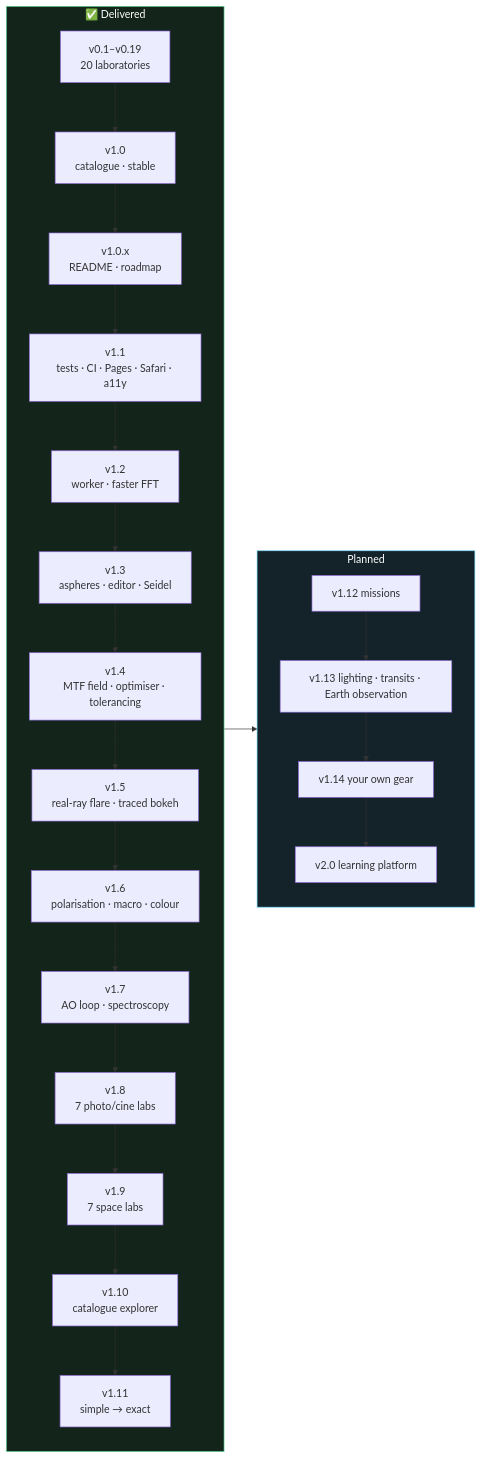
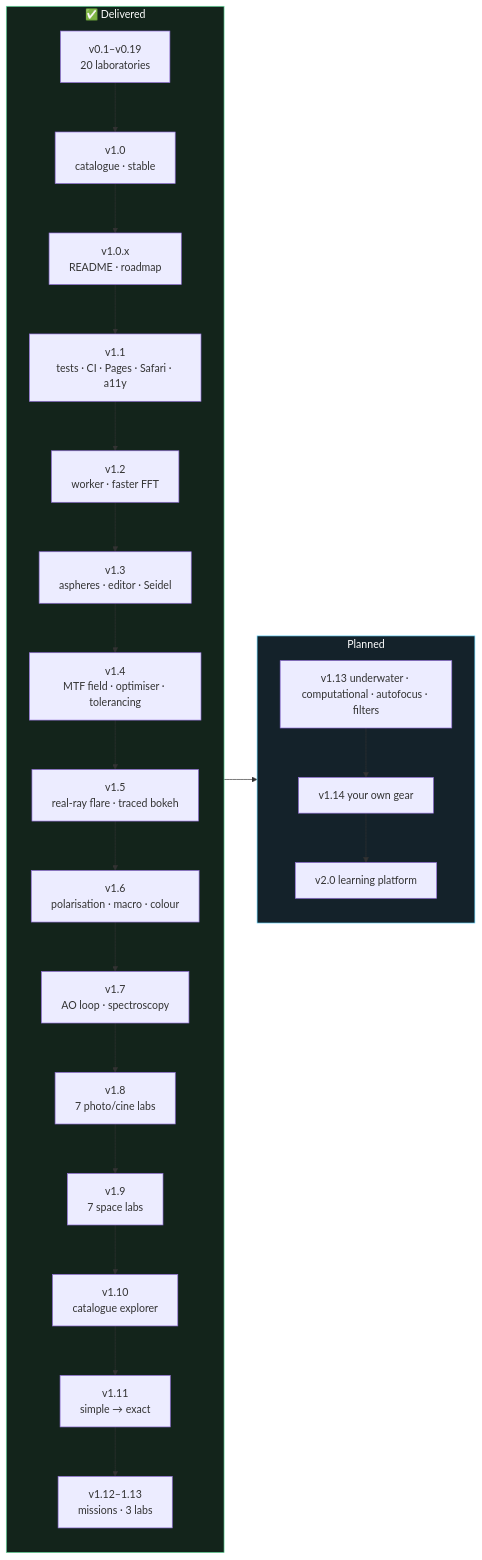
Before and after one commit to iiogurt/Optica_Viva: the diagram in ROADMAP.md, drawn with Mermaid. The commit also changed other lines of this file and 3 other files, not shown here.

````diff
--- a/ROADMAP.md
+++ b/ROADMAP.md
@@ -57,14 +57,14 @@
 ```mermaid
 flowchart LR
     subgraph Done["✅ Delivered"]
         direction TB
-        D0["v0.1–v0.19<br/>20 laboratories"] --> D1["v1.0<br/>catalogue · stable"] --> D2["v1.0.x<br/>README · roadmap"] --> D3["v1.1<br/>tests · CI · Pages · Safari · a11y"] --> D4["v1.2<br/>worker · faster FFT"] --> D5["v1.3<br/>aspheres · editor · Seidel"] --> D6["v1.4<br/>MTF field · optimiser · tolerancing"] --> D7["v1.5<br/>real-ray flare · traced bokeh"] --> D8["v1.6<br/>polarisation · macro · colour"] --> D9["v1.7<br/>AO loop · spectroscopy"] --> D10["v1.8<br/>7 photo/cine labs"] --> D11["v1.9<br/>7 space labs"] --> D12["v1.10<br/>catalogue explorer"] --> D13["v1.11<br/>simple → exact"]
+        D0["v0.1–v0.19<br/>20 laboratories"] --> D1["v1.0<br/>catalogue · stable"] --> D2["v1.0.x<br/>README · roadmap"] --> D3["v1.1<br/>tests · CI · Pages · Safari · a11y"] --> D4["v1.2<br/>worker · faster FFT"] --> D5["v1.3<br/>aspheres · editor · Seidel"] --> D6["v1.4<br/>MTF field · optimiser · tolerancing"] --> D7["v1.5<br/>real-ray flare · traced bokeh"] --> D8["v1.6<br/>polarisation · macro · colour"] --> D9["v1.7<br/>AO loop · spectroscopy"] --> D10["v1.8<br/>7 photo/cine labs"] --> D11["v1.9<br/>7 space labs"] --> D12["v1.10<br/>catalogue explorer"] --> D13["v1.11<br/>simple → exact"] --> D14["v1.12–1.13<br/>missions · 3 labs"]
     end
     subgraph Next["Planned"]
         direction TB
-        N8["v1.12 missions"] --> N9["v1.13 lighting · transits · Earth observation"] --> N10["v1.14 your own gear"] --> N7["v2.0 learning platform"]
+        N9["v1.13 underwater · computational · autofocus · filters"] --> N10["v1.14 your own gear"] --> N7["v2.0 learning platform"]
     end
     Done --> Next
     style Done fill:#13241b,stroke:#6be3a4,color:#fff
     style Next fill:#14222a,stroke:#6ad7ff,color:#fff
 ```
````
